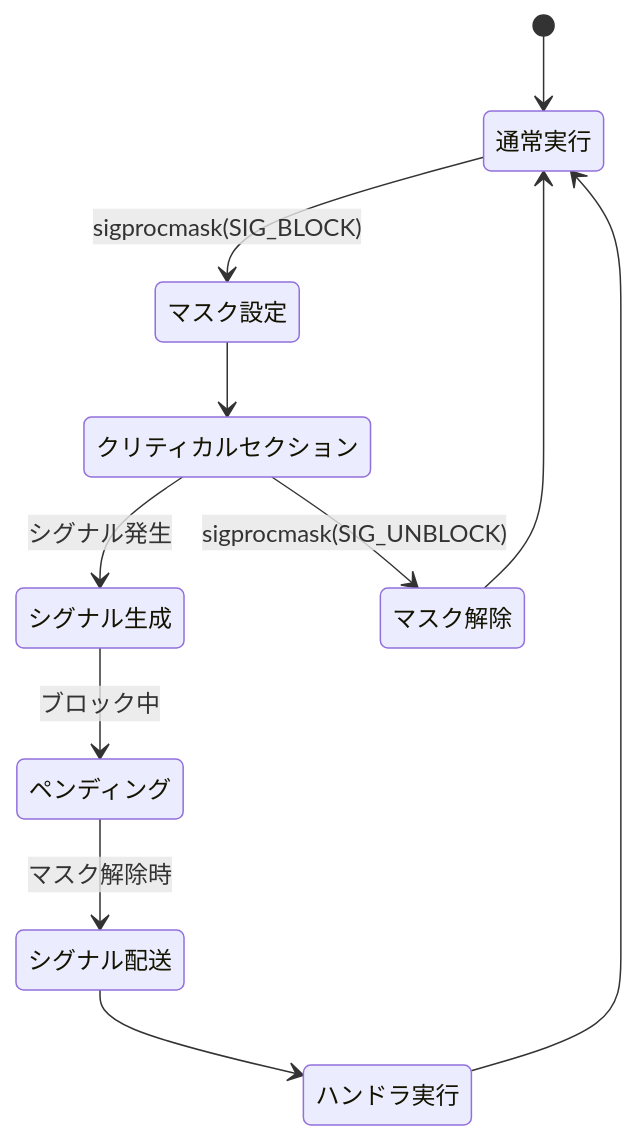
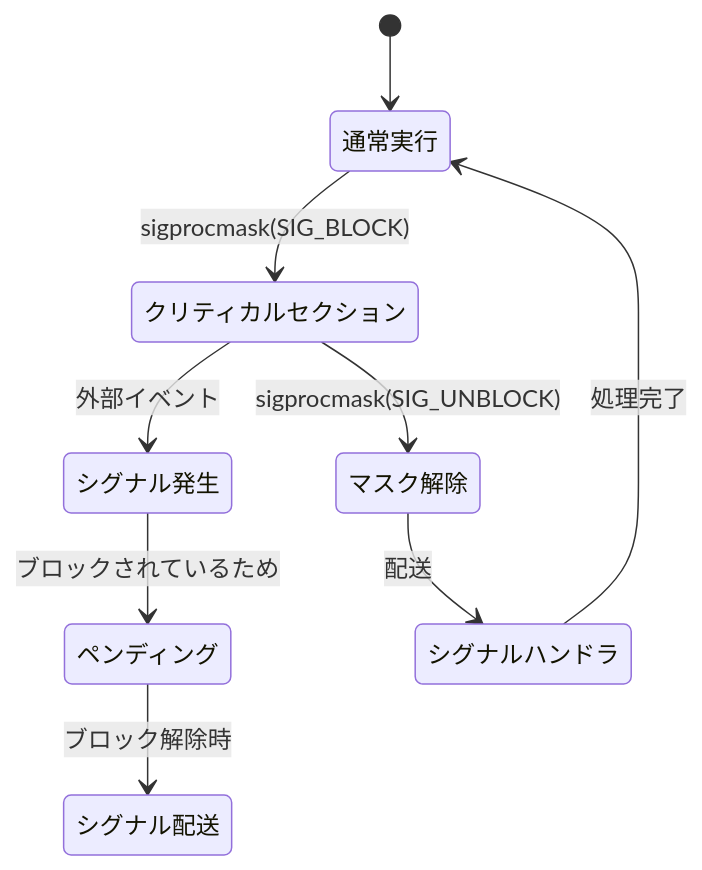
The sixth of 11 diagrams in articles/linux/signal.md (gtnao/viblog), drawn with Mermaid before and after one commit. The commit also changed other lines of this file and 69 other files, not shown here.

````diff
--- a/articles/linux/signal.md
+++ b/articles/linux/signal.md
@@ -129,15 +198,13 @@
 ```mermaid
 stateDiagram-v2
     [*] --> 通常実行
-    通常実行 --> マスク設定: sigprocmask(SIG_BLOCK)
-    マスク設定 --> クリティカルセクション
+    通常実行 --> クリティカルセクション: sigprocmask(SIG_BLOCK)
     
-    クリティカルセクション --> シグナル生成: シグナル発生
-    シグナル生成 --> ペンディング: ブロック中
+    クリティカルセクション --> シグナル発生: 外部イベント
+    シグナル発生 --> ペンディング: ブロックされているため
     
     クリティカルセクション --> マスク解除: sigprocmask(SIG_UNBLOCK)
-    ペンディング --> シグナル配送: マスク解除時
-    マスク解除 --> 通常実行
-    シグナル配送 --> ハンドラ実行
-    ハンドラ実行 --> 通常実行
+    ペンディング --> シグナル配送: ブロック解除時
+    マスク解除 --> シグナルハンドラ: 配送
+    シグナルハンドラ --> 通常実行: 処理完了
 ```
````
